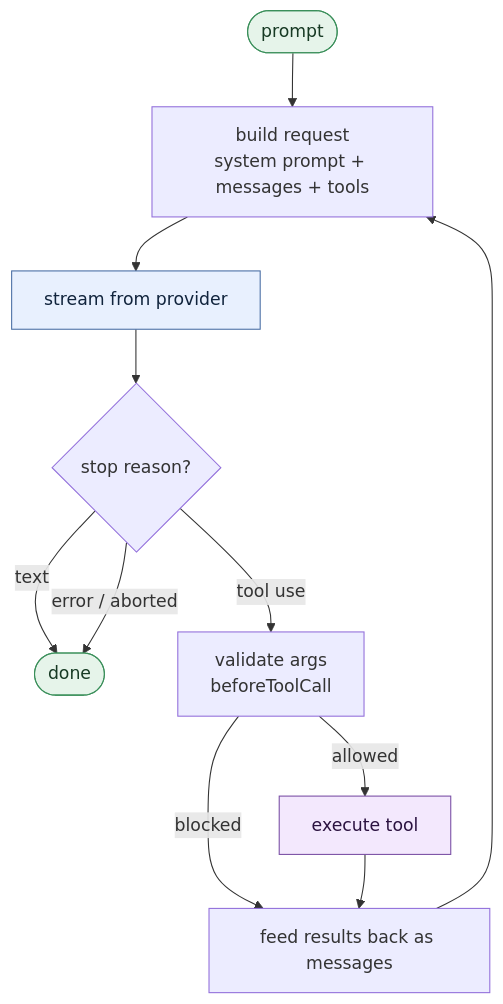
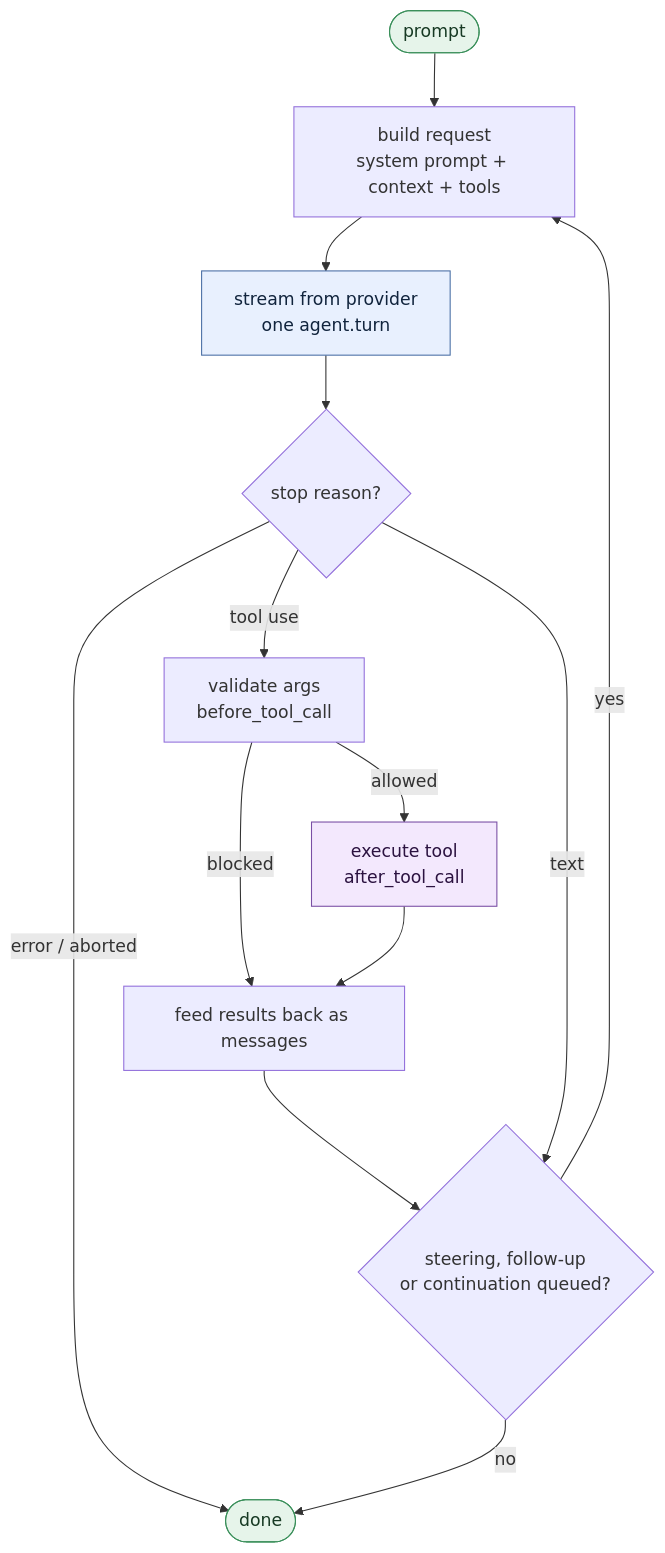
Before and after one commit to coleleavitt/prime-agent: the third of 6 diagrams in FLOWCHART.md, drawn with Mermaid. The commit also changed other lines of this file and 4 other files, not shown here.

First line of the commit message:
docs: FLOWCHART and the architecture diagrams map the Rust crates

````diff
--- a/FLOWCHART.md
+++ b/FLOWCHART.md
@@ -82,18 +91,20 @@
 ```mermaid
 flowchart TD
-    START([prompt]) --> BUILD["build request<br/>system prompt + messages + tools"]
-    BUILD --> CALL["stream from provider"]
+    START([prompt]) --> BUILD["build request<br/>system prompt + context + tools"]
+    BUILD --> CALL["stream from provider<br/>one agent.turn"]
     CALL --> STOP{"stop reason?"}
-    STOP -->|"text"| DONE([done])
-    STOP -->|"error / aborted"| DONE
-    STOP -->|"tool use"| PREP["validate args<br/>beforeToolCall"]
+    STOP -->|"tool use"| PREP["validate args<br/>before_tool_call"]
     PREP -->|"blocked"| FEED
-    PREP -->|"allowed"| EXEC["execute tool"]
+    PREP -->|"allowed"| EXEC["execute tool<br/>after_tool_call"]
     EXEC --> FEED["feed results back as messages"]
-    FEED --> BUILD
+    FEED --> POLL
+    STOP -->|"text"| POLL{"steering, follow-up<br/>or continuation queued?"}
+    STOP -->|"error / aborted"| DONE([done])
+    POLL -->|"yes"| BUILD
+    POLL -->|"no"| DONE
 
     style START fill:#e6f4ea,stroke:#3a8f5a,color:#173a24
     style DONE fill:#e6f4ea,stroke:#3a8f5a,color:#173a24
     style CALL fill:#e8f0fe,stroke:#4a6fa5,color:#11243d
     style EXEC fill:#f3e8fd,stroke:#7a4fa5,color:#2b1240
 ```
````
